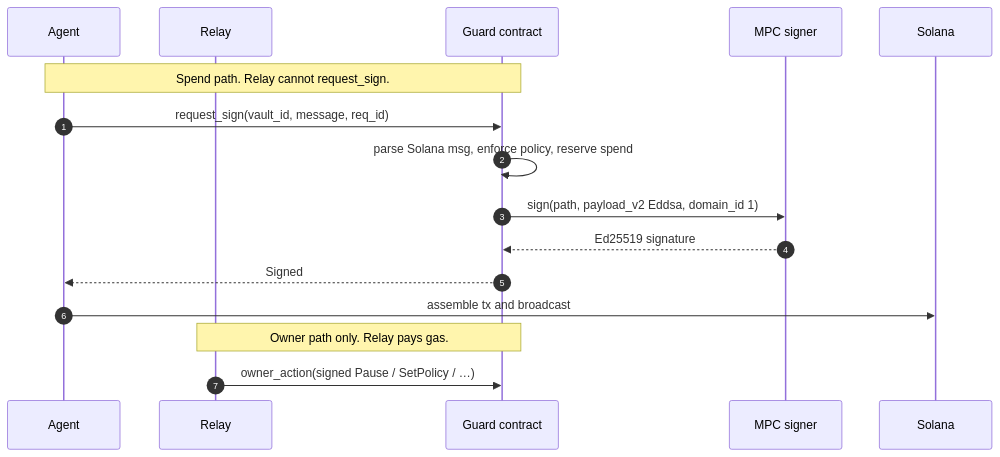
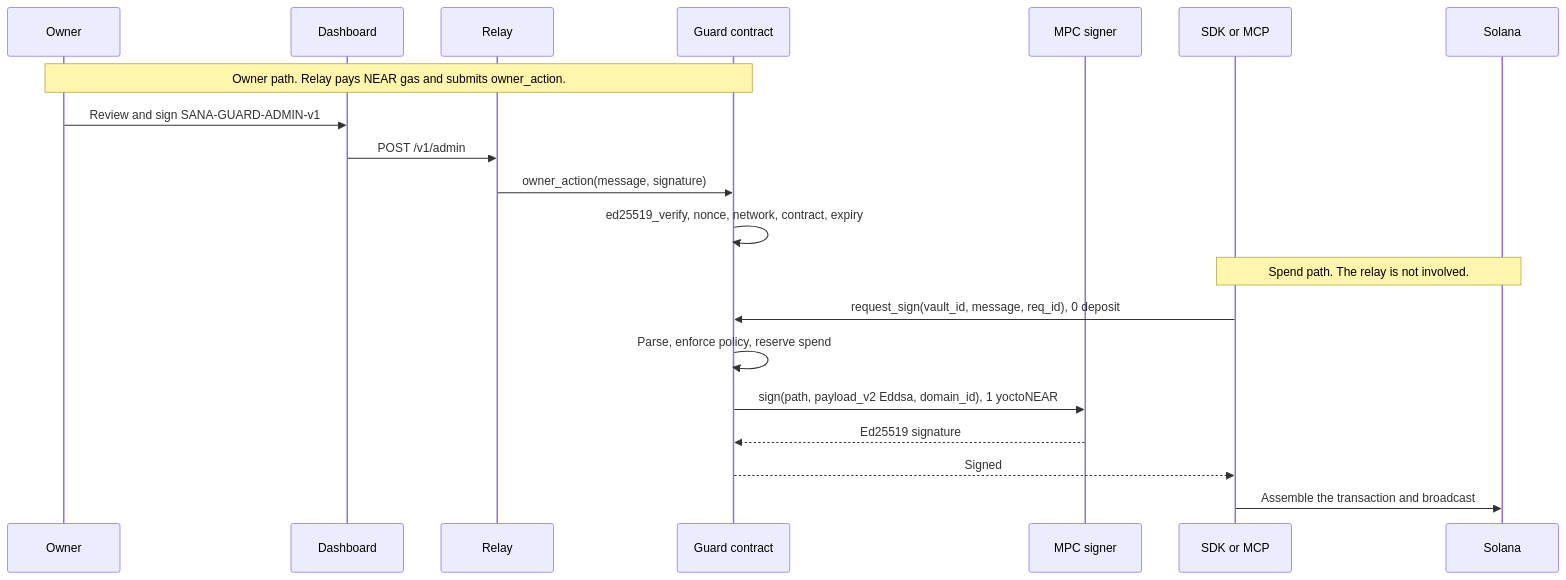
The second of 2 diagrams in README.md (0xjume/sana-guard), drawn with Mermaid before and after one commit. The commit also changed other lines of this file and 1 other file, not shown here.

First line of the commit message:
docs: rewrite the hackathon README from the code and live vault (#33)

````diff
--- a/README.md
+++ b/README.md
@@ -36,20 +56,24 @@
 ```mermaid
 sequenceDiagram
-  autonumber
-  participant Agent
+  participant Owner
+  participant Dash as Dashboard
   participant Relay
   participant Guard as Guard contract
   participant MPC as MPC signer
-  participant Solana
+  participant Agent as SDK or MCP
+  participant Sol as Solana
 
-  Note over Agent,Guard: Spend path. Relay cannot request_sign.
-  Agent->>Guard: request_sign(vault_id, message, req_id)
-  Guard->>Guard: parse Solana msg, enforce policy, reserve spend
-  Guard->>MPC: sign(path, payload_v2 Eddsa, domain_id 1)
+  Note over Owner,Guard: Owner path. Relay pays NEAR gas and submits owner_action.
+  Owner->>Dash: Review and sign SANA-GUARD-ADMIN-v1
+  Dash->>Relay: POST /v1/admin
+  Relay->>Guard: owner_action(message, signature)
+  Guard->>Guard: ed25519_verify, nonce, network, contract, expiry
+
+  Note over Agent,Sol: Spend path. The relay is not involved.
+  Agent->>Guard: request_sign(vault_id, message, req_id), 0 deposit
+  Guard->>Guard: Parse, enforce policy, reserve spend
+  Guard->>MPC: sign(path, payload_v2 Eddsa, domain_id), 1 yoctoNEAR
   MPC-->>Guard: Ed25519 signature
   Guard-->>Agent: Signed
-  Agent->>Solana: assemble tx and broadcast
-
-  Note over Relay,Guard: Owner path only. Relay pays gas.
-  Relay->>Guard: owner_action(signed Pause / SetPolicy / …)
+  Agent->>Sol: Assemble the transaction and broadcast
 ```
````
